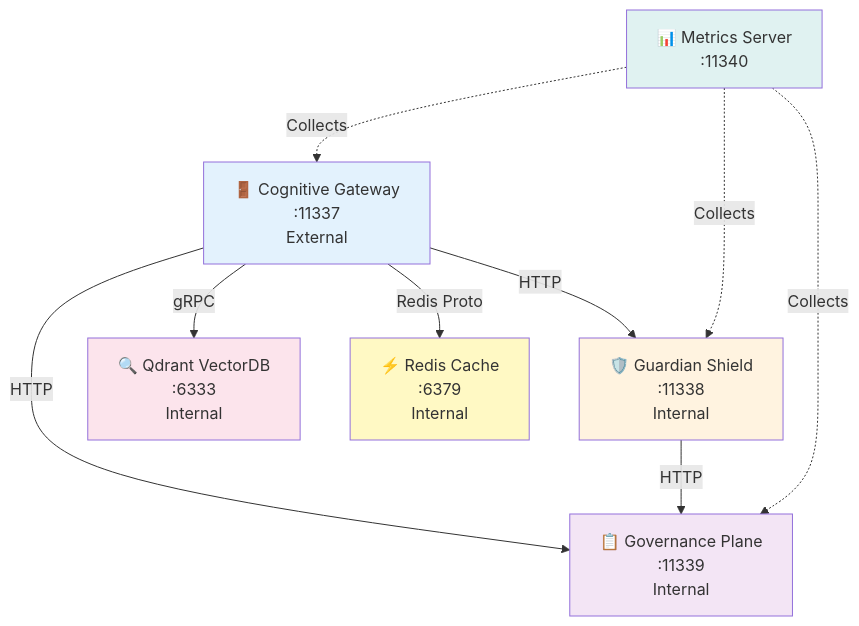
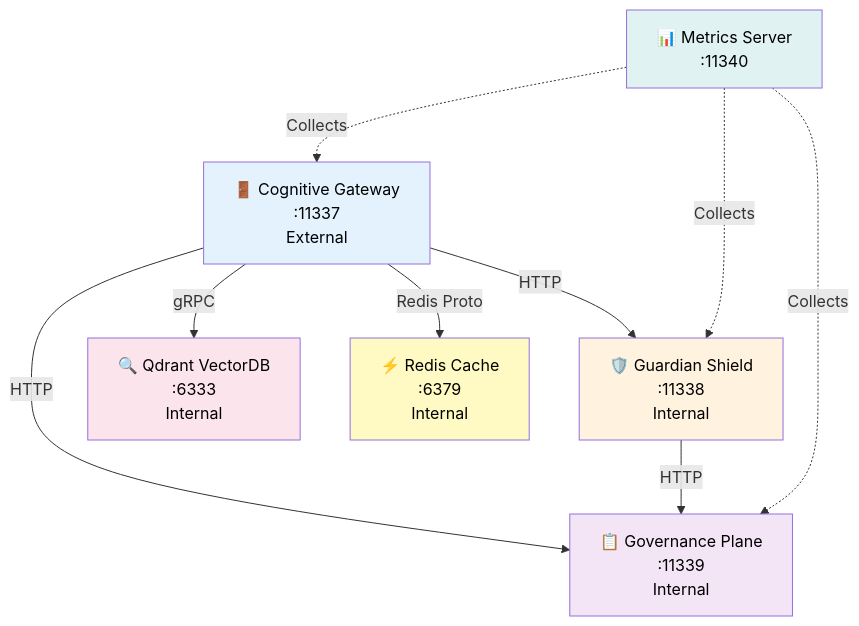
Before and after one commit to LEEI1337/phantom-shield: the third of 3 diagrams in README.md, drawn with Mermaid.

Commit message:
Add black text color to Microservice Communication diagram

````diff
--- a/README.md
+++ b/README.md
@@ -122,19 +122,19 @@
 ```mermaid
  graph TD
     CG["🚪 Cognitive Gateway<br/>:11337<br/>External"] -->|HTTP| GS["🛡️ Guardian Shield<br/>:11338<br/>Internal"]
     CG -->|HTTP| GP["📋 Governance Plane<br/>:11339<br/>Internal"]
     CG -->|gRPC| QD["🔍 Qdrant VectorDB<br/>:6333<br/>Internal"]
     CG -->|Redis Proto| RC["⚡ Redis Cache<br/>:6379<br/>Internal"]
     GS -->|HTTP| GP
     
     MS["📊 Metrics Server<br/>:11340"] -.->|Collects| GS
     MS -.->|Collects| GP
     MS -.->|Collects| CG
     
-    style CG fill:#e3f2fd
-    style GS fill:#fff3e0
-    style GP fill:#f3e5f5
-    style QD fill:#fce4ec
-    style RC fill:#fff9c4
-    style MS fill:#e0f2f1
+    style CG fill:#e3f2fd,color:#000
+    style GS fill:#fff3e0,color:#000
+    style GP fill:#f3e5f5,color:#000
+    style QD fill:#fce4ec,color:#000
+    style RC fill:#fff9c4,color:#000
+    style MS fill:#e0f2f1,color:#000
 ```
````
